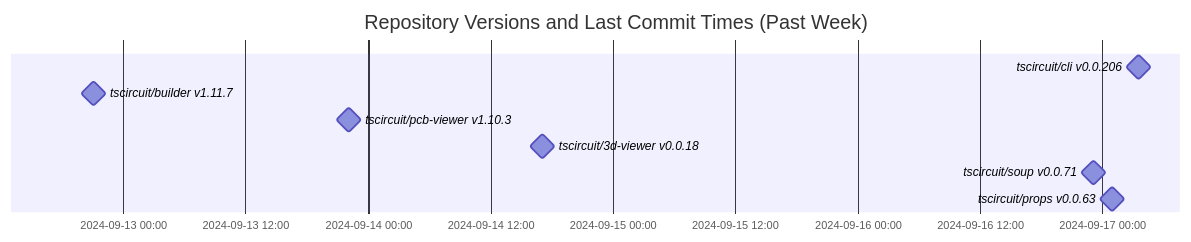
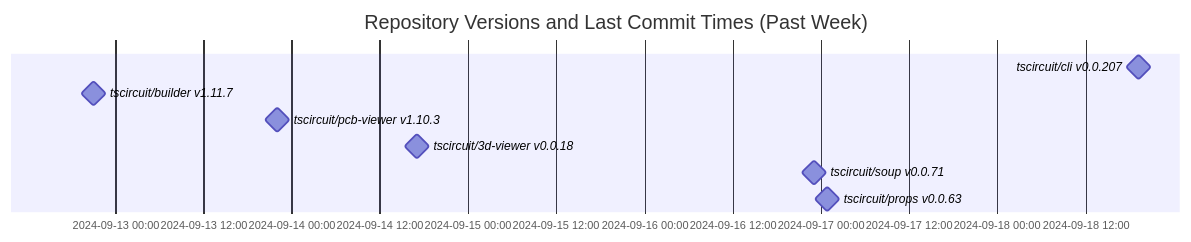
The diagram in README.md (tscircuit/version-tracker), drawn with Mermaid before and after one commit.

Commit message:
Update chart

````diff
--- a/README.md
+++ b/README.md
@@ -1,13 +1,13 @@
 ```mermaid
 gantt
   dateFormat  YYYY-MM-DD HH:mm:ss
   title Repository Versions and Last Commit Times (Past Week)
   axisFormat %Y-%m-%d %H:%M
 
-  tscircuit/cli v0.0.206 : milestone, 2024-09-17 03:32:23, 1s
+  tscircuit/cli v0.0.207 : milestone, 2024-09-18 19:15:13, 1s
   tscircuit/builder v1.11.7 : milestone, 2024-09-12 21:03:51, 1s
   tscircuit/pcb-viewer v1.10.3 : milestone, 2024-09-13 22:06:50, 1s
   tscircuit/3d-viewer v0.0.18 : milestone, 2024-09-14 17:06:37, 1s
   tscircuit/soup v0.0.71 : milestone, 2024-09-16 23:07:32, 1s
   tscircuit/props v0.0.63 : milestone, 2024-09-17 00:58:09, 1s
 ```
````
